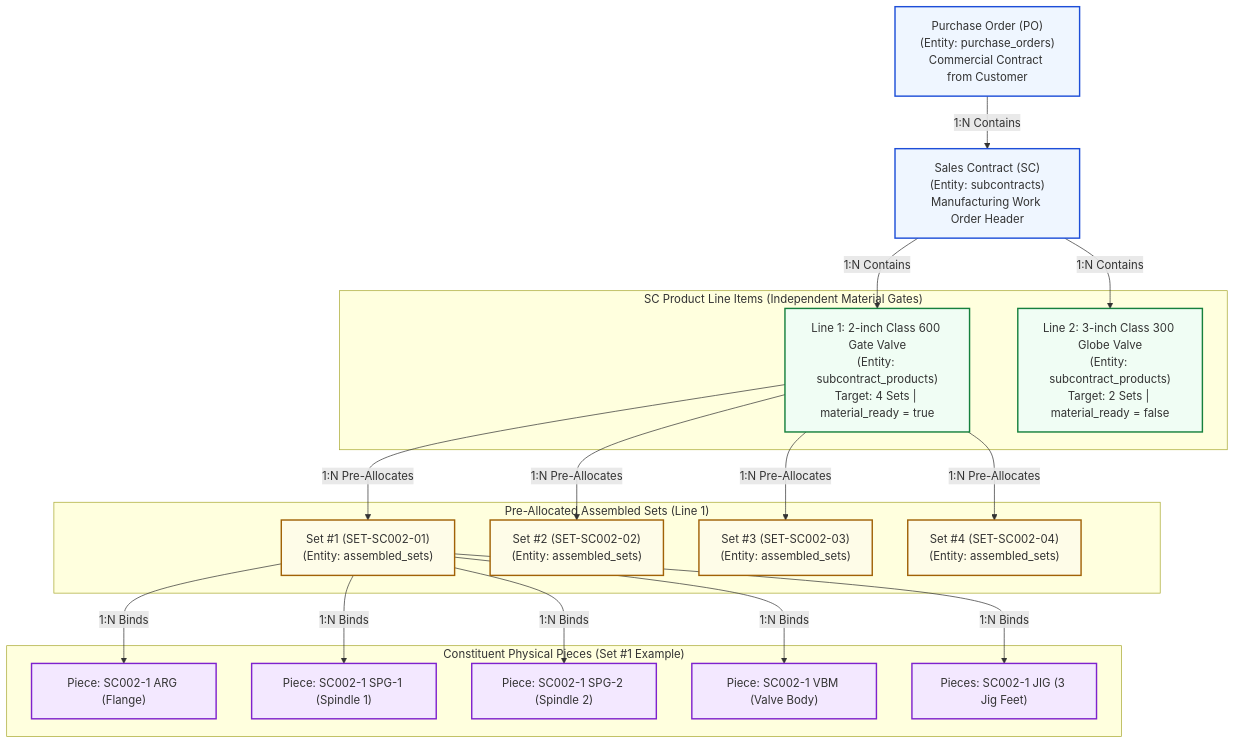
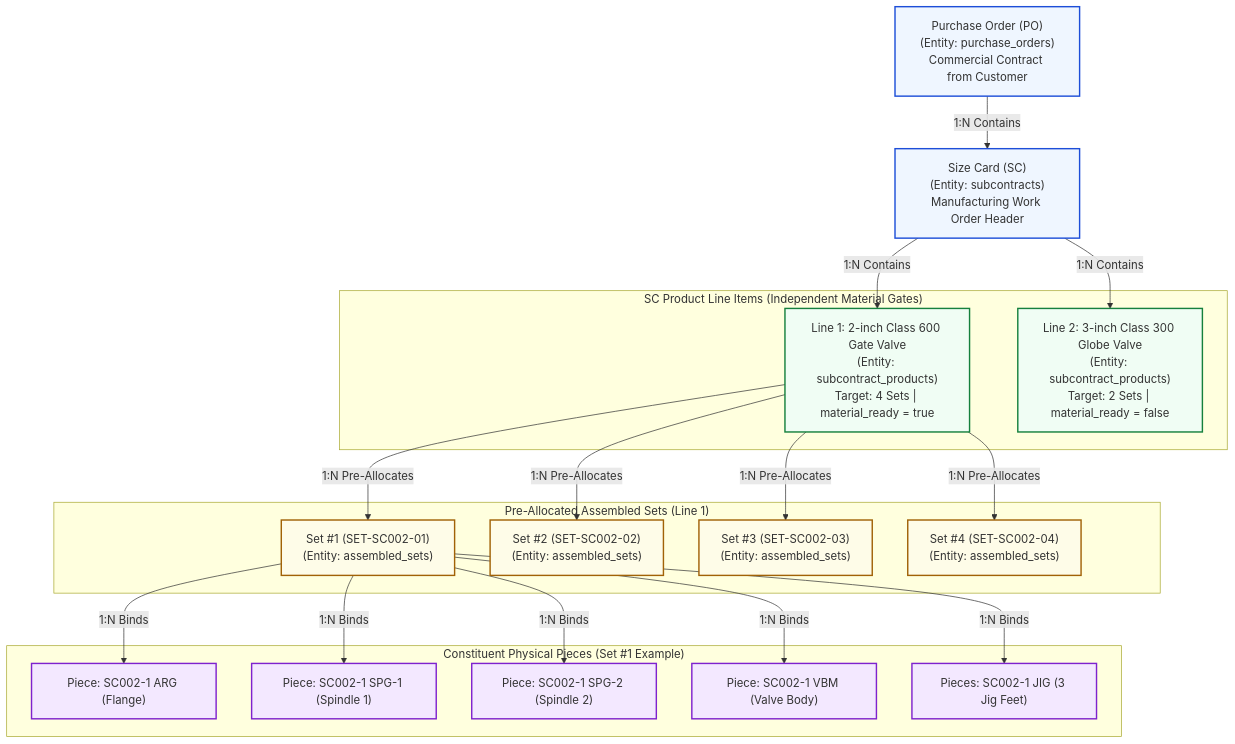
The diagram in docs/phase-2/2.6-sc-and-completion-state-machine/01-sc-lifecycle-overview-and-states.md (poairtronic/velan-production), drawn with Mermaid before and after one commit. The commit also changed other lines of this file and 36 other files, not shown here.

Commit message:
docs: standardize SC = Size Card across all documentation

````diff
--- a/docs/phase-2/2.6-sc-and-completion-state-machine/01-sc-lifecycle-overview-and-states.md
+++ b/docs/phase-2/2.6-sc-and-completion-state-machine/01-sc-lifecycle-overview-and-states.md
@@ -27,50 +27,50 @@
 ```mermaid
 flowchart TD
     PO["Purchase Order (PO)<br/>(Entity: purchase_orders)<br/>Commercial Contract from Customer"]
-    SC["Sales Contract (SC)<br/>(Entity: subcontracts)<br/>Manufacturing Work Order Header"]
+    SC["Size Card (SC)<br/>(Entity: subcontracts)<br/>Manufacturing Work Order Header"]
     
     subgraph Products ["SC Product Line Items (Independent Material Gates)"]
         SCP1["Line 1: 2-inch Class 600 Gate Valve<br/>(Entity: subcontract_products)<br/>Target: 4 Sets | material_ready = true"]
         SCP2["Line 2: 3-inch Class 300 Globe Valve<br/>(Entity: subcontract_products)<br/>Target: 2 Sets | material_ready = false"]
     end
     
     subgraph Sets1 ["Pre-Allocated Assembled Sets (Line 1)"]
         S1["Set #1 (SET-SC002-01)<br/>(Entity: assembled_sets)"]
         S2["Set #2 (SET-SC002-02)<br/>(Entity: assembled_sets)"]
         S3["Set #3 (SET-SC002-03)<br/>(Entity: assembled_sets)"]
         S4["Set #4 (SET-SC002-04)<br/>(Entity: assembled_sets)"]
     end
     
     subgraph Pieces1 ["Constituent Physical Pieces (Set #1 Example)"]
         P1["Piece: SC002-1 ARG (Flange)"]
         P2["Piece: SC002-1 SPG-1 (Spindle 1)"]
         P3["Piece: SC002-1 SPG-2 (Spindle 2)"]
         P4["Piece: SC002-1 VBM (Valve Body)"]
         P5["Pieces: SC002-1 JIG (3 Jig Feet)"]
     end
 
     PO -->|1:N Contains| SC
     SC -->|1:N Contains| SCP1
     SC -->|1:N Contains| SCP2
     
     SCP1 -->|1:N Pre-Allocates| S1
     SCP1 -->|1:N Pre-Allocates| S2
     SCP1 -->|1:N Pre-Allocates| S3
     SCP1 -->|1:N Pre-Allocates| S4
     
     S1 -->|1:N Binds| P1
     S1 -->|1:N Binds| P2
     S1 -->|1:N Binds| P3
     S1 -->|1:N Binds| P4
     S1 -->|1:N Binds| P5
 
     classDef header fill:#eff6ff,stroke:#1d4ed8,stroke-width:2px;
     classDef product fill:#f0fdf4,stroke:#15803d,stroke-width:2px;
     classDef set fill:#fefce8,stroke:#a16207,stroke-width:2px;
     classDef piece fill:#f3e8ff,stroke:#7e22ce,stroke-width:2px;
 
     class PO,SC header;
     class SCP1,SCP2 product;
     class S1,S2,S3,S4 set;
     class P1,P2,P3,P4,P5 piece;
 ```
````
